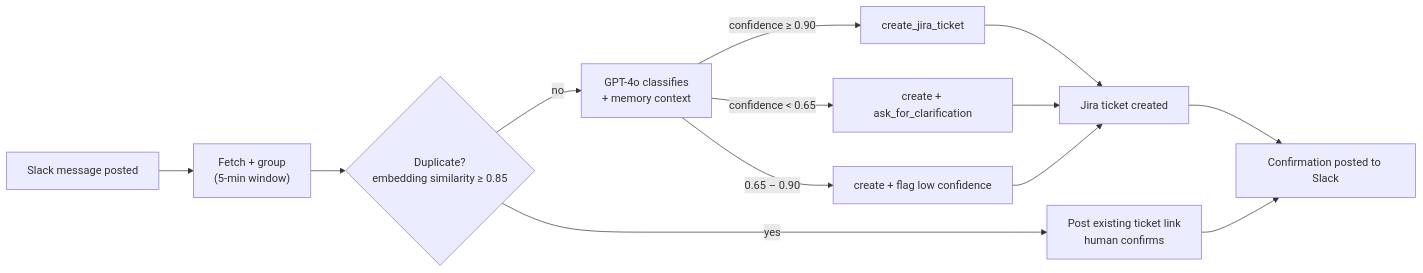
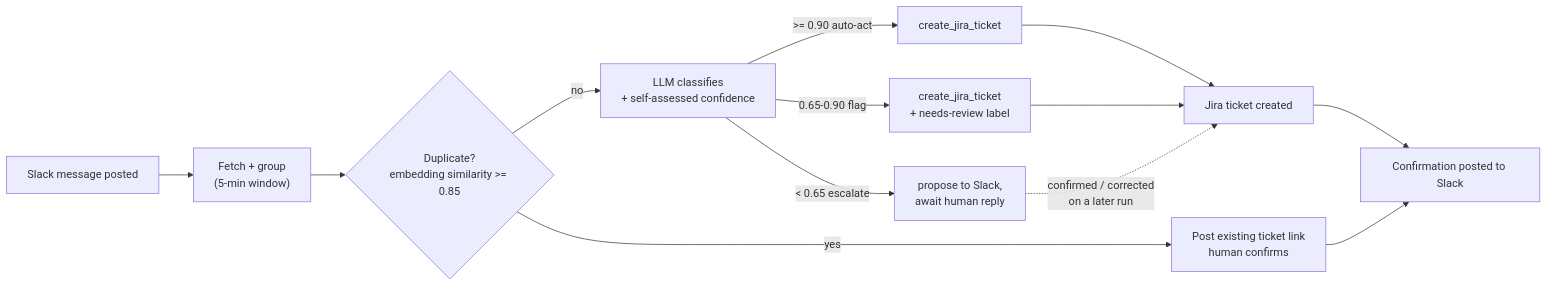
The diagram in README.md (pavani-aiml-space/jira-slack-triage-agent), drawn with Mermaid before and after one commit. The commit also changed other lines of this file and 20 other files, not shown here.

````diff
--- a/README.md
+++ b/README.md
@@ -33,15 +33,15 @@
 ```mermaid
 flowchart LR
     A["Slack message posted"] --> B["Fetch + group\n(5-min window)"]
-    B --> C{"Duplicate?\nembedding similarity ≥ 0.85"}
+    B --> C{"Duplicate?\nembedding similarity >= 0.85"}
     C -- "yes" --> H["Post existing ticket link\nhuman confirms"]
-    C -- "no" --> D["GPT-4o classifies\n+ memory context"]
-    D -- "confidence ≥ 0.90" --> E["create_jira_ticket"]
-    D -- "confidence < 0.65" --> F["create + ask_for_clarification"]
-    D -- "0.65 – 0.90" --> G["create + flag low confidence"]
+    C -- "no" --> D["LLM classifies\n+ self-assessed confidence"]
+    D -- ">= 0.90 auto-act" --> E["create_jira_ticket"]
+    D -- "0.65-0.90 flag" --> G["create_jira_ticket\n+ needs-review label"]
+    D -- "< 0.65 escalate" --> F["propose to Slack,\nawait human reply"]
     E --> I["Jira ticket created"]
-    F --> I
     G --> I
+    F -. "confirmed / corrected\non a later run" .-> I
     I --> J["Confirmation posted to Slack"]
     H --> J
 ```
````
